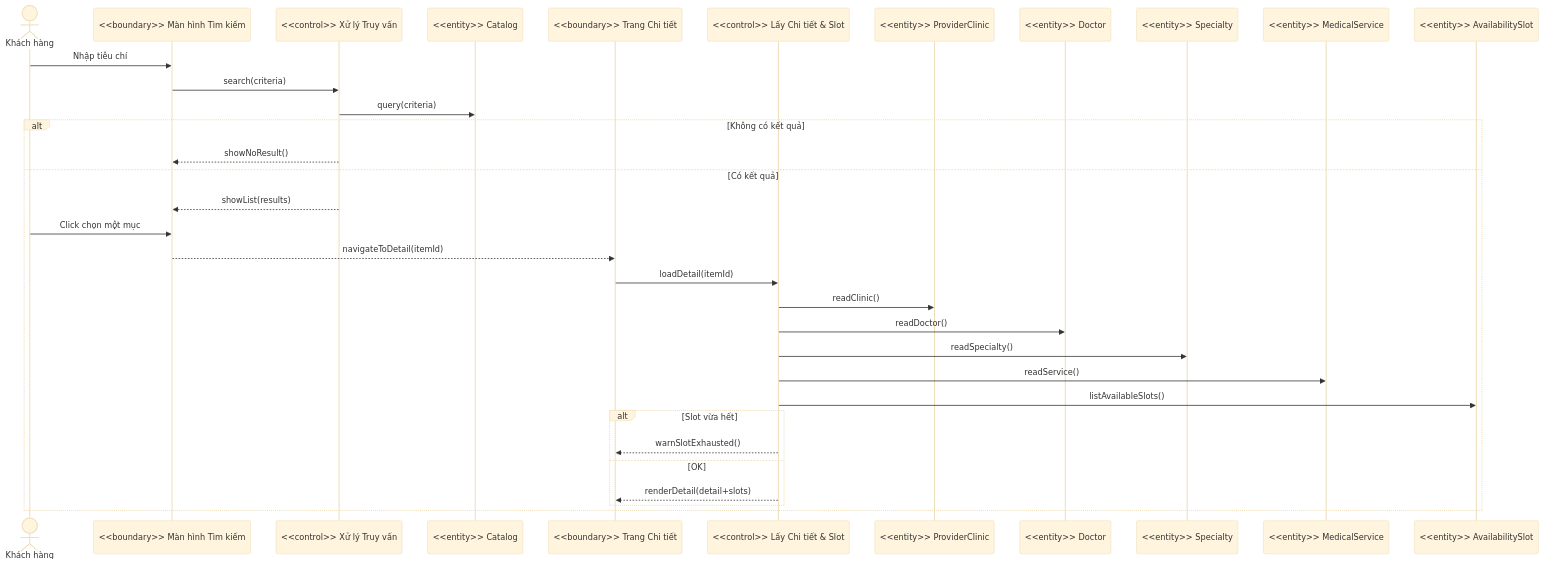
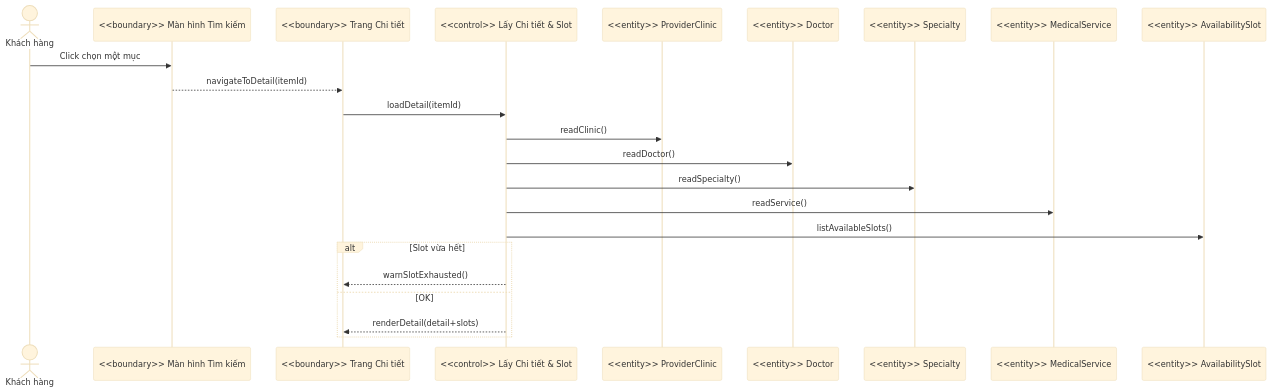
The third of 11 diagrams in README.md (qhun22/qq), drawn with Mermaid (base theme) before and after one commit. The commit also changed other lines of this file, not shown here.

````diff
--- a/README.md
+++ b/README.md
@@ -106,36 +127,26 @@
 ```mermaid
 sequenceDiagram
   actor CUS as Khách hàng
   participant SEARCH as <<boundary>> Màn hình Tìm kiếm
-  participant Q as <<control>> Xử lý Truy vấn
-  participant CAT as <<entity>> Catalog
   participant DETAIL as <<boundary>> Trang Chi tiết
   participant F as <<control>> Lấy Chi tiết & Slot
   participant CLINIC as <<entity>> ProviderClinic
   participant DOC as <<entity>> Doctor
   participant SPEC as <<entity>> Specialty
   participant SERV as <<entity>> MedicalService
   participant SLOT as <<entity>> AvailabilitySlot
 
-  CUS->>SEARCH: Nhập tiêu chí
-  SEARCH->>Q: search(criteria)
-  Q->>CAT: query(criteria)
-  alt Không có kết quả
-    Q-->>SEARCH: showNoResult()
-  else Có kết quả
-    Q-->>SEARCH: showList(results)
-    CUS->>SEARCH: Click chọn một mục
-    SEARCH-->>DETAIL: navigateToDetail(itemId)
-    DETAIL->>F: loadDetail(itemId)
-    F->>CLINIC: readClinic()
-    F->>DOC: readDoctor()
-    F->>SPEC: readSpecialty()
-    F->>SERV: readService()
-    F->>SLOT: listAvailableSlots()
-    alt Slot vừa hết
-      F-->>DETAIL: warnSlotExhausted()
-    else OK
-      F-->>DETAIL: renderDetail(detail+slots)
-    end
+  CUS->>SEARCH: Click chọn một mục
+  SEARCH-->>DETAIL: navigateToDetail(itemId)
+  DETAIL->>F: loadDetail(itemId)
+  F->>CLINIC: readClinic()
+  F->>DOC: readDoctor()
+  F->>SPEC: readSpecialty()
+  F->>SERV: readService()
+  F->>SLOT: listAvailableSlots()
+  alt Slot vừa hết
+    F-->>DETAIL: warnSlotExhausted()
+  else OK
+    F-->>DETAIL: renderDetail(detail+slots)
   end
 ```
````
